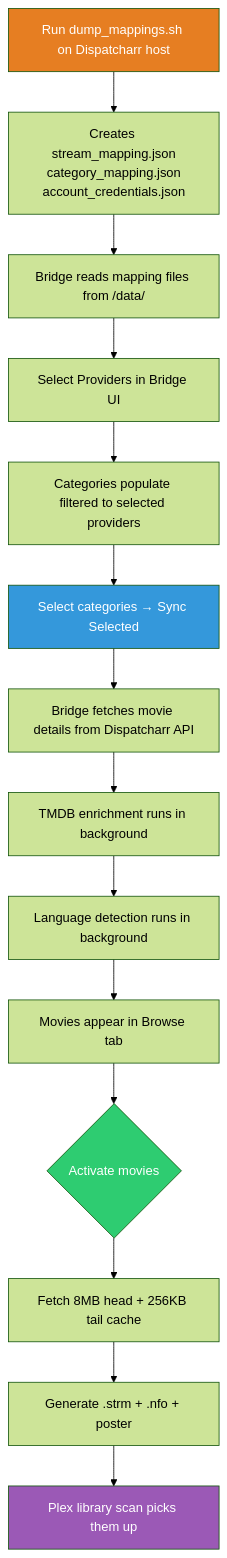
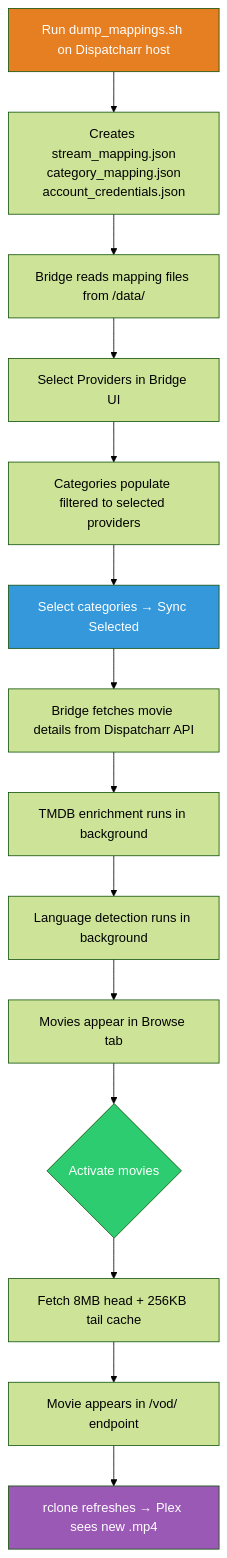
One commit to knmplace/vod-plex-bridge changed the fourth of 4 diagrams in README.md. Above: the diagram before and after it, drawn with Mermaid (forest theme). The commit also changed other lines of this file and 1 other file, not shown here.

First line of the commit message:
Document rclone FUSE mount setup for Plex integration

````diff
--- a/README.md
+++ b/README.md
@@ -118,21 +121,21 @@
 ```mermaid
 flowchart TD
     A[Run dump_mappings.sh on Dispatcharr host] --> B[Creates stream_mapping.json<br/>category_mapping.json<br/>account_credentials.json]
     B --> C[Bridge reads mapping files from /data/]
     C --> D[Select Providers in Bridge UI]
     D --> E[Categories populate filtered to selected providers]
     E --> F[Select categories → Sync Selected]
     F --> G[Bridge fetches movie details from Dispatcharr API]
     G --> H[TMDB enrichment runs in background]
     H --> I[Language detection runs in background]
     I --> J[Movies appear in Browse tab]
     J --> K{Activate movies}
     K --> L[Fetch 8MB head + 256KB tail cache]
-    L --> M[Generate .strm + .nfo + poster]
-    M --> N[Plex library scan picks them up]
+    L --> M[Movie appears in /vod/ endpoint]
+    M --> N["rclone refreshes → Plex sees new .mp4"]
 
     style A fill:#e67e22,color:#fff
     style F fill:#3498db,color:#fff
     style K fill:#2ecc71,color:#fff
     style N fill:#9b59b6,color:#fff
 ```
````
